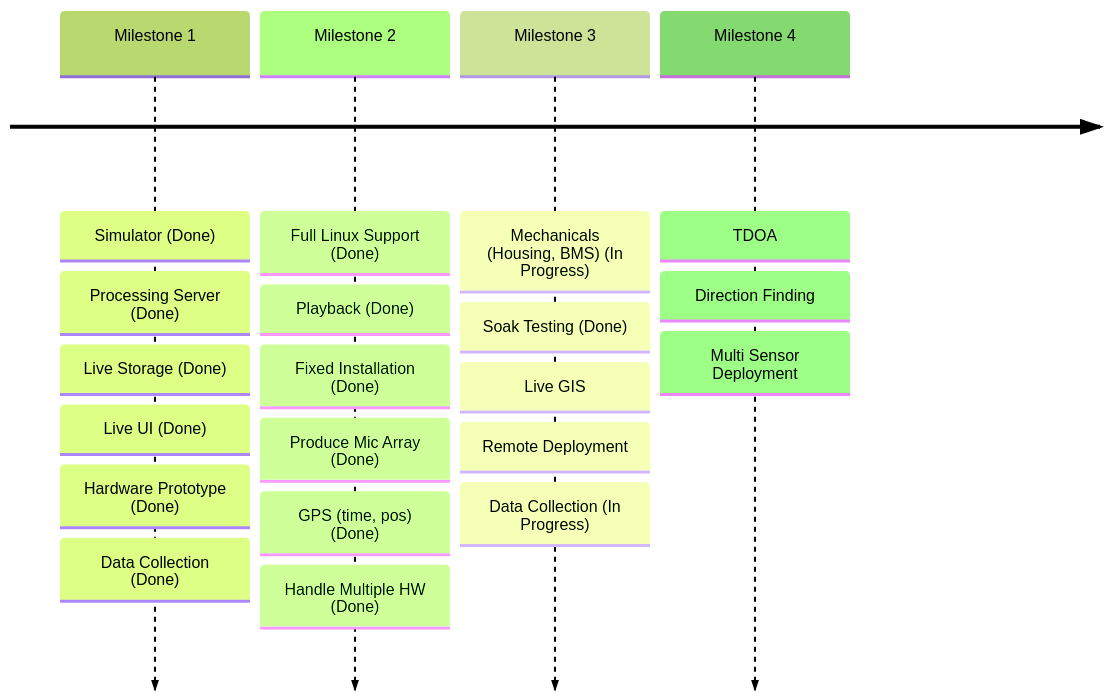
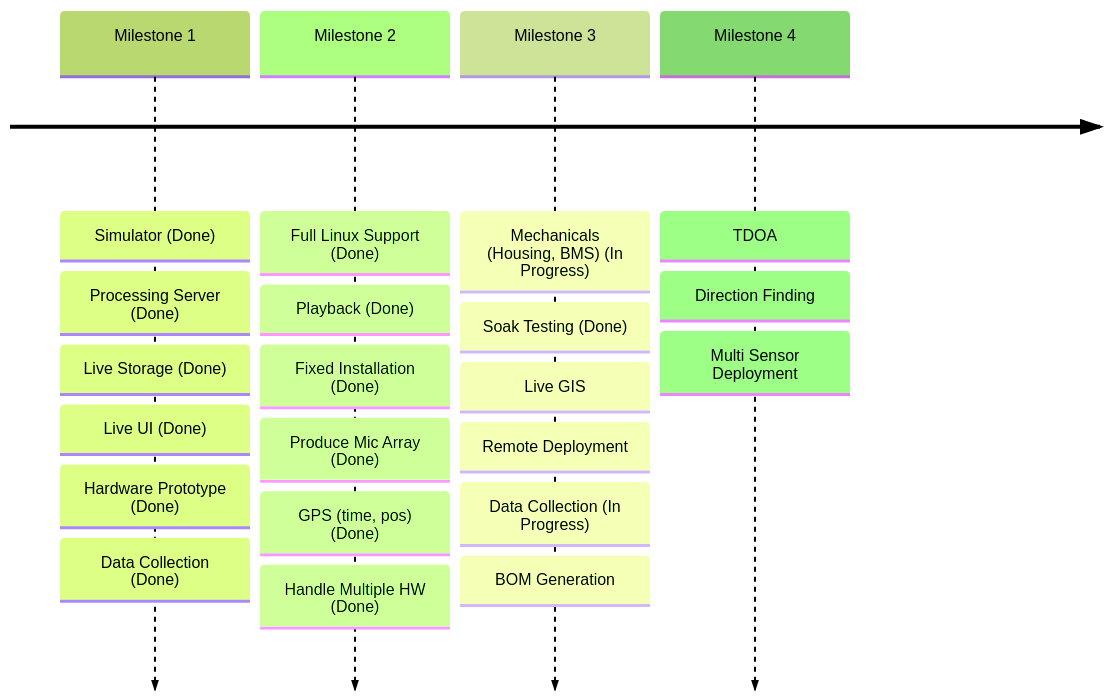
One commit to Sense-Scape/.github changed the second of 2 diagrams in profile/README.md. Above: the diagram before and after it, drawn with Mermaid (forest theme).

````diff
--- a/profile/README.md
+++ b/profile/README.md
@@ -50,9 +50,9 @@
 ``` mermaid
 
 timeline
     Milestone 1 : Simulator (Done) : Processing Server (Done) : Live Storage (Done) : Live UI (Done) : Hardware Prototype (Done) : Data Collection (Done)
     Milestone 2 : Full Linux Support (Done) : Playback (Done) : Fixed Installation (Done) : Produce Mic Array (Done)  : GPS (time, pos) (Done) : Handle Multiple HW (Done)
-    Milestone 3 : Mechanicals (Housing, BMS) (In Progress) : Soak Testing (Done) : Live GIS : Remote Deployment : Data Collection (In Progress)
+    Milestone 3 : Mechanicals (Housing, BMS) (In Progress) : Soak Testing (Done) : Live GIS : Remote Deployment : Data Collection (In Progress) : BOM Generation
     Milestone 4 : TDOA : Direction Finding : Multi Sensor Deployment
 
 ```
````
